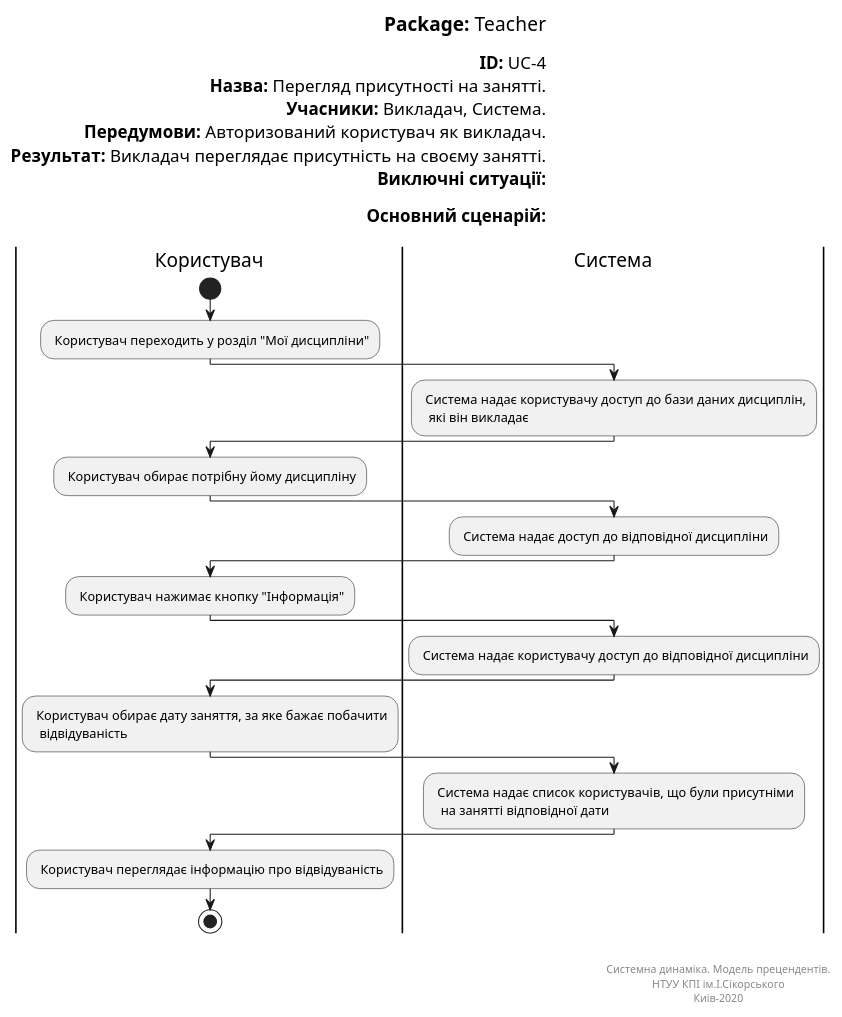
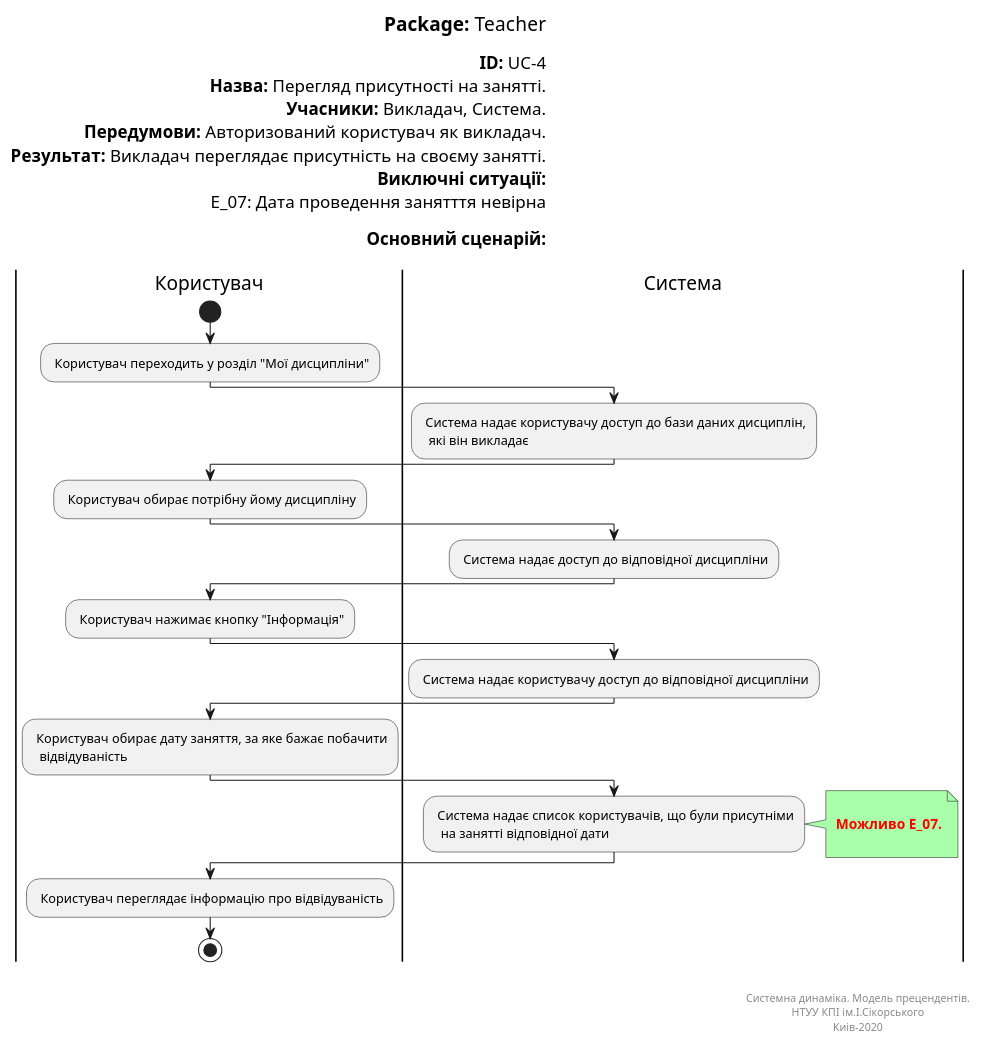
One commit to vladlinu/TeamOne changed the diagram in docs/UML_Diagrams/scenarios/teacher/diagrams/UC_4.pu. Above: the diagram before and after it, drawn with PlantUML.

```diff
--- a/docs/UML_Diagrams/scenarios/teacher/diagrams/UC_4.pu
+++ b/docs/UML_Diagrams/scenarios/teacher/diagrams/UC_4.pu
@@ -1,58 +1,63 @@
 @startuml
 left header
 <font color=000 size=18><b>Package:</b> Teacher
 
 <font color=000 size=16><b>ID:</b> UC-4
 <font color=000 size=16><b>Назва:</b> Перегляд присутності на занятті.
 <font color=000 size=16><b>Учасники:</b> Викладач, Система.
 <font color=000 size=16><b>Передумови:</b> Авторизований користувач як викладач.
 <font color=000 size=16><b>Результат:</b> Викладач переглядає присутність на своєму занятті.
 <font color=000 size=16><b>Виключні ситуації:</b>
+<font color=000 size=16> E_07: Дата проведення занятття невірна
 
 <font color=000 size=16><b>Основний сценарій:</b>
 
 end header
 
 |Користувач|
 start
 : Користувач переходить у розділ "Мої дисципліни";
 
 |Система|
 : Система надає користувачу доступ до бази даних дисциплін, 
   які він викладає;
    
 |Користувач|
 : Користувач обирає потрібну йому дисципліну;   
 
 |Система|
 : Система надає доступ до відповідної дисципліни;
 
 |Користувач|
 : Користувач нажимає кнопку "Інформація";   
 
 |Система|
 : Система надає користувачу доступ до відповідної дисципліни;
 
 
 |Користувач|
 : Користувач обирає дату заняття, за яке бажає побачити
   відвідуваність;
 
 |Система|
 : Система надає список користувачів, що були присутніми
   на занятті відповідної дати;
+note right #aaffaa
 
+<font color=red><b> Можливо E_07.
+
+end note
 
 |Користувач|
 : Користувач переглядає інформацію про відвідуваність;  
   
 stop;
 
 right footer
 
 
 Системна динаміка. Модель прецендентів.
 НТУУ КПІ ім.І.Сікорського
 Киів-2020
 end footer
 @enduml
```
